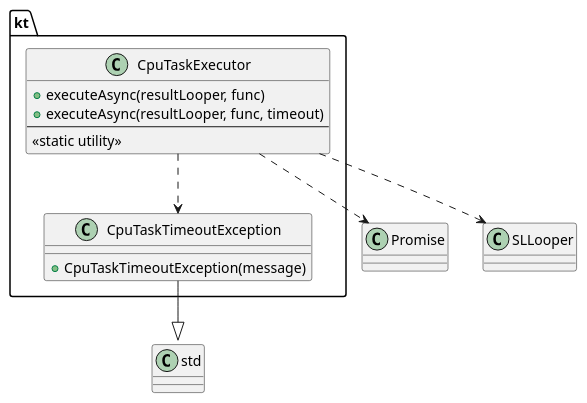
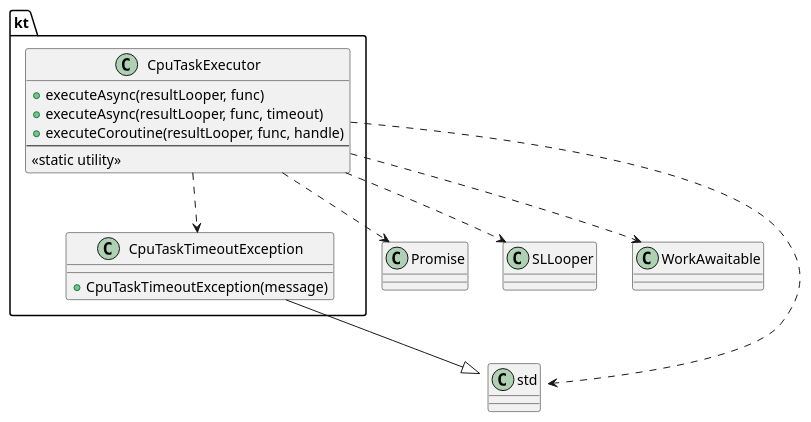
The sixth of 11 diagrams in doc/design/sw_task/class.puml (taikt/sw_task), drawn with PlantUML before and after one commit. The commit also changed other lines of this file and 14 other files, not shown here.

```diff
--- a/doc/design/sw_task/class.puml
+++ b/doc/design/sw_task/class.puml
@@ -88,19 +185,22 @@
 @startuml
 namespace kt {
     class CpuTaskExecutor {
         +executeAsync(resultLooper, func)
         +executeAsync(resultLooper, func, timeout)
+        +executeCoroutine(resultLooper, func, handle)
         --
         <<static utility>>
     }
 
     class CpuTaskTimeoutException {
         +CpuTaskTimeoutException(message)
     }
 }
 
 CpuTaskExecutor ..> Promise
 CpuTaskExecutor ..> SLLooper
 CpuTaskExecutor ..> CpuTaskTimeoutException
+CpuTaskExecutor ..> WorkAwaitable
+CpuTaskExecutor ..> std::coroutine_handle
 CpuTaskTimeoutException --|> std::runtime_error
 @enduml
```
